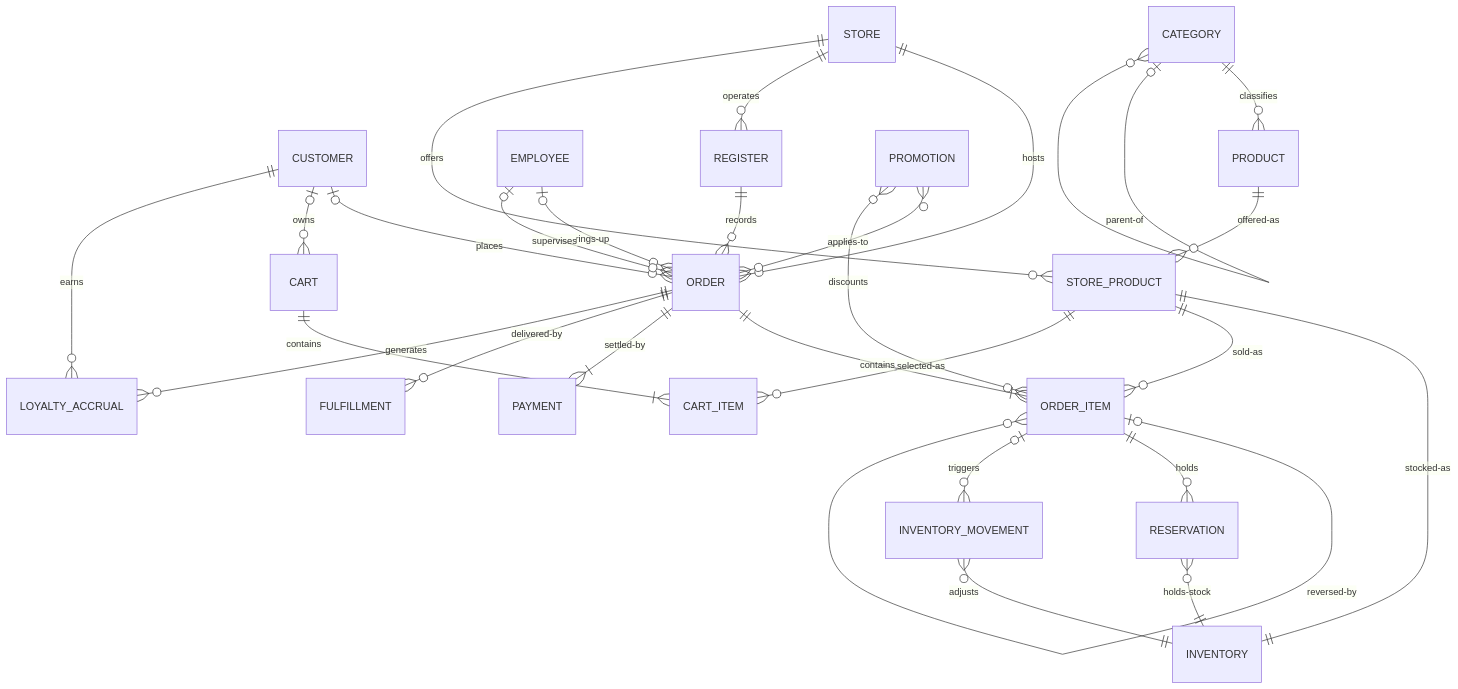
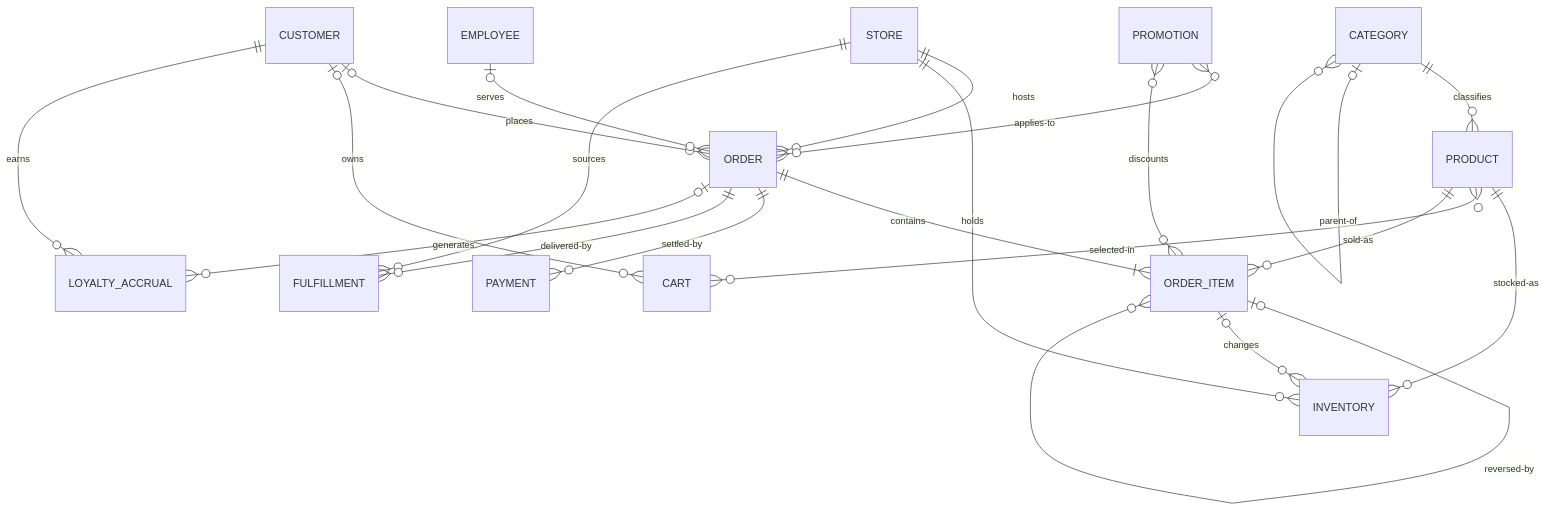
One commit to Ruudra01/walmart-retail-oltp-model changed the diagram in docs/conceptual.md. Above: the diagram before and after it, drawn with Mermaid. The commit also changed other lines of this file, not shown here.

````diff
--- a/docs/conceptual.md
+++ b/docs/conceptual.md
@@ -23,39 +47,30 @@
 ```mermaid
 erDiagram
-    CUSTOMER          |o--o{ ORDER              : places
-    CUSTOMER          |o--o{ CART               : owns
-    CUSTOMER          ||--o{ LOYALTY_ACCRUAL    : earns
+    CUSTOMER    |o--o{ ORDER            : places
+    CUSTOMER    |o--o{ CART             : owns
+    CUSTOMER    ||--o{ LOYALTY_ACCRUAL  : earns
 
-    STORE             ||--o{ ORDER              : hosts
-    STORE             ||--o{ REGISTER           : operates
-    STORE             ||--o{ STORE_PRODUCT      : offers
+    EMPLOYEE    |o--o{ ORDER            : serves
 
-    REGISTER          ||--o{ ORDER              : records
-    EMPLOYEE          |o--o{ ORDER              : rings-up
-    EMPLOYEE          |o--o{ ORDER              : supervises
+    STORE       ||--o{ ORDER            : hosts
+    STORE       ||--o{ INVENTORY        : holds
+    STORE       ||--o{ FULFILLMENT      : sources
 
-    CATEGORY          ||--o{ PRODUCT            : classifies
-    CATEGORY          |o--o{ CATEGORY           : parent-of
-    PRODUCT           ||--o{ STORE_PRODUCT      : offered-as
+    CATEGORY    ||--o{ PRODUCT          : classifies
+    CATEGORY    |o--o{ CATEGORY         : parent-of
 
-    STORE_PRODUCT     ||--|| INVENTORY          : stocked-as
-    STORE_PRODUCT     ||--o{ ORDER_ITEM         : sold-as
-    STORE_PRODUCT     ||--o{ CART_ITEM          : selected-as
+    PRODUCT     ||--o{ INVENTORY        : stocked-as
+    PRODUCT     }o--o{ CART             : selected-in
+    PRODUCT     ||--o{ ORDER_ITEM       : sold-as
 
-    ORDER             ||--|{ ORDER_ITEM         : contains
-    ORDER             ||--|{ PAYMENT            : settled-by
-    ORDER             ||--o{ FULFILLMENT        : delivered-by
-    ORDER             ||--o{ LOYALTY_ACCRUAL    : generates
+    ORDER       ||--|{ ORDER_ITEM       : contains
+    ORDER       ||--o{ PAYMENT          : settled-by
+    ORDER       ||--o{ FULFILLMENT      : delivered-by
+    ORDER       |o--o{ LOYALTY_ACCRUAL  : generates
 
-    ORDER_ITEM        |o--o{ ORDER_ITEM         : reversed-by
-    ORDER_ITEM        ||--o{ RESERVATION        : holds
-    ORDER_ITEM        |o--o{ INVENTORY_MOVEMENT : triggers
+    ORDER_ITEM  |o--o{ ORDER_ITEM       : reversed-by
+    ORDER_ITEM  |o--o{ INVENTORY        : changes
 
-    PROMOTION         }o--o{ ORDER              : applies-to
-    PROMOTION         }o--o{ ORDER_ITEM         : discounts
-
-    INVENTORY_MOVEMENT }o--|| INVENTORY         : adjusts
-    RESERVATION       }o--|| INVENTORY          : holds-stock
-
-    CART              ||--|{ CART_ITEM          : contains
+    PROMOTION   }o--o{ ORDER            : applies-to
+    PROMOTION   }o--o{ ORDER_ITEM       : discounts
 ```
````
